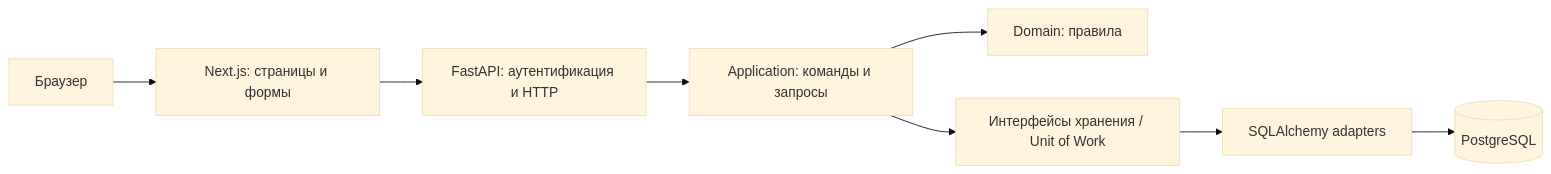
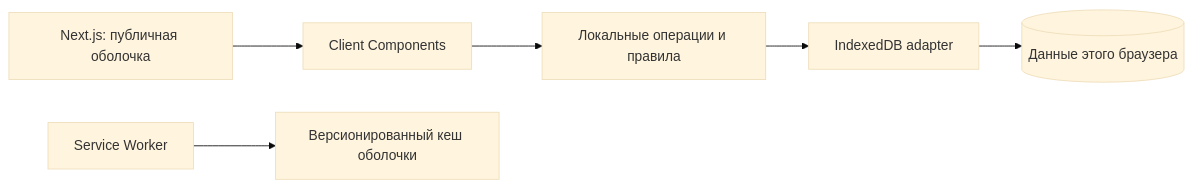
Before and after one commit to Zhabinec/TaskTracker: the diagram in docs/architecture.md, drawn with Mermaid (base theme). The commit also changed other lines of this file and 5 other files, not shown here.

````diff
--- a/docs/architecture.md
+++ b/docs/architecture.md
@@ -27,10 +11,8 @@
 ```mermaid
 flowchart LR
-    Browser[Браузер] --> Next[Next.js: страницы и формы]
-    Next --> API[FastAPI: аутентификация и HTTP]
-    API --> App[Application: команды и запросы]
-    App --> Domain[Domain: правила]
-    App --> Ports[Интерфейсы хранения / Unit of Work]
-    Ports --> Infra[SQLAlchemy adapters]
-    Infra --> DB[(PostgreSQL)]
+    Page[Next.js: публичная оболочка] --> UI[Client Components]
+    UI --> UseCases[Локальные операции и правила]
+    UseCases --> Store[IndexedDB adapter]
+    Store --> Data[(Данные этого браузера)]
+    SW[Service Worker] --> Shell[Версионированный кеш оболочки]
 ```
````
